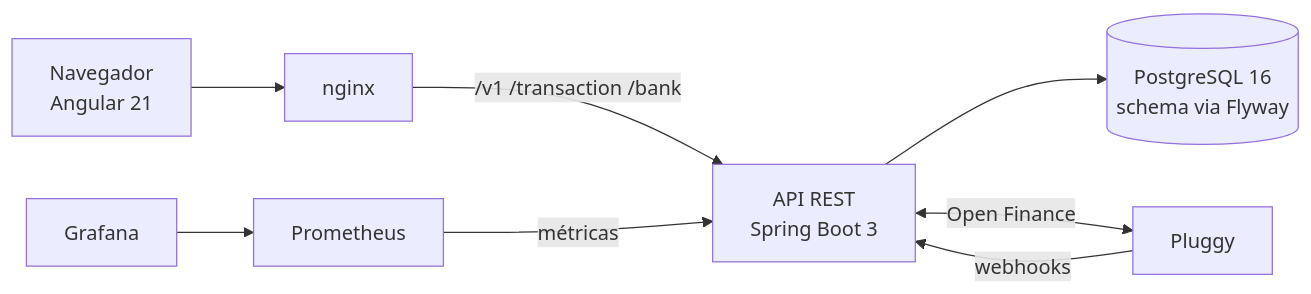
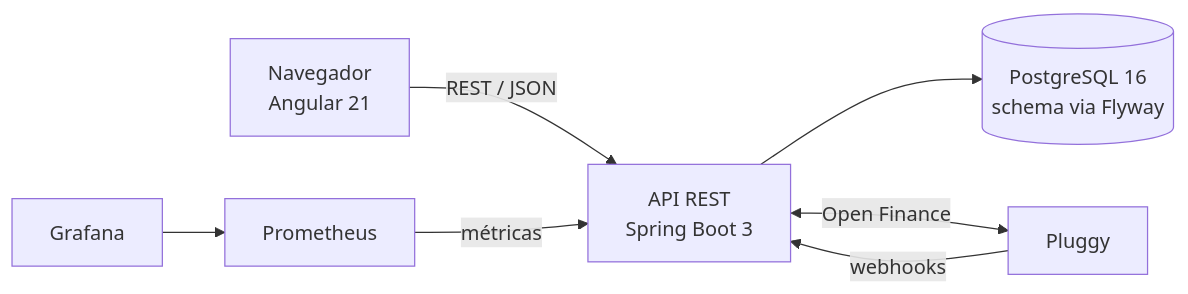
One commit to caioeduardopereirafelix/finance-api changed the diagram in README.md. Above: the diagram before and after it, drawn with Mermaid. The commit also changed other lines of this file and 7 other files, not shown here.

````diff
--- a/README.md
+++ b/README.md
@@ -54,10 +54,9 @@
 ```mermaid
 flowchart LR
-    U["Navegador<br/>Angular 21"] --> N["nginx"]
-    N -->|"/v1 /transaction /bank"| A["API REST<br/>Spring Boot 3"]
+    U["Navegador<br/>Angular 21"] -->|"REST / JSON"| A["API REST<br/>Spring Boot 3"]
     A --> P[("PostgreSQL 16<br/>schema via Flyway")]
     A <-->|"Open Finance"| X["Pluggy"]
     X -->|"webhooks"| A
     M["Prometheus"] -->|"métricas"| A
     G["Grafana"] --> M
 ```
````
